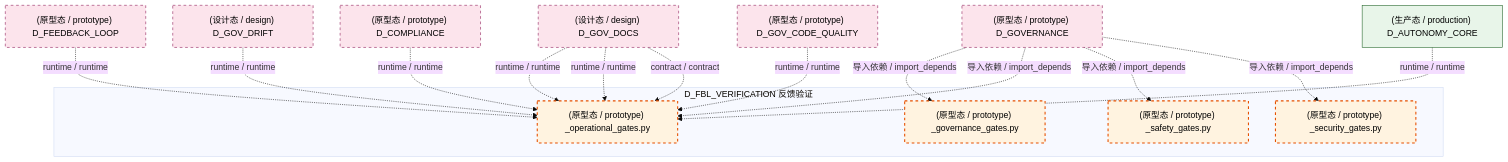
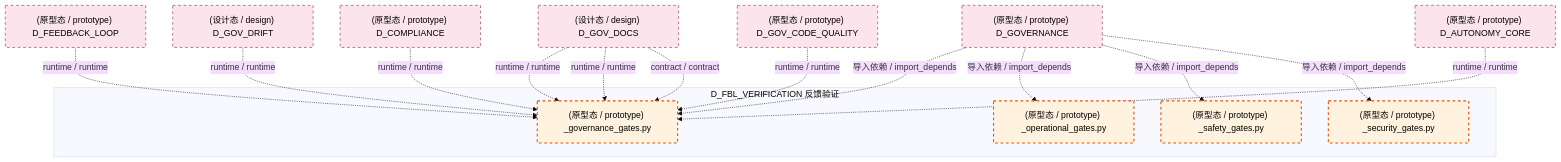
Before and after one commit to xuanFelixVan/ZephyrAlpha: the fourth of 5 diagrams in docs/02_enterprise_architecture/02_domain_architecture_docs/11_d_fbl_verification.md, drawn with Mermaid (base theme). The commit also changed other lines of this file and 112 other files, not shown here.

````diff
--- a/docs/02_enterprise_architecture/02_domain_architecture_docs/11_d_fbl_verification.md
+++ b/docs/02_enterprise_architecture/02_domain_architecture_docs/11_d_fbl_verification.md
@@ -342,35 +342,34 @@
 ```mermaid
 graph TD
     subgraph D_FBL_VERIFICATION["D_FBL_VERIFICATION 反馈验证"]
         src_zephyr_feedback_loop_gates_governance_gates_py["(原型态 / prototype) _governance_gates.py"]
         src_zephyr_feedback_loop_gates_operational_gates_py["(原型态 / prototype) _operational_gates.py"]
         src_zephyr_feedback_loop_gates_safety_gates_py["(原型态 / prototype) _safety_gates.py"]
         src_zephyr_feedback_loop_gates_security_gates_py["(原型态 / prototype) _security_gates.py"]
     end
-    D_FEEDBACK_LOOP["(原型态 / prototype) D_FEEDBACK_LOOP"]
-    D_FEEDBACK_LOOP -.->|runtime / runtime| src_zephyr_feedback_loop_gates_operational_gates_py
-    D_GOV_DOCS["(设计态 / design) D_GOV_DOCS"]
-    D_GOV_DOCS -.->|runtime / runtime| src_zephyr_feedback_loop_gates_operational_gates_py
-    D_GOV_DRIFT["(设计态 / design) D_GOV_DRIFT"]
-    D_GOV_DRIFT -.->|runtime / runtime| src_zephyr_feedback_loop_gates_operational_gates_py
-    D_COMPLIANCE["(原型态 / prototype) D_COMPLIANCE"]
-    D_COMPLIANCE -.->|runtime / runtime| src_zephyr_feedback_loop_gates_operational_gates_py
-    D_GOV_CODE_QUALITY["(原型态 / prototype) D_GOV_CODE_QUALITY"]
-    D_GOV_CODE_QUALITY -.->|runtime / runtime| src_zephyr_feedback_loop_gates_operational_gates_py
-    D_GOV_DOCS -.->|runtime / runtime| src_zephyr_feedback_loop_gates_operational_gates_py
-    D_GOV_DOCS -.->|contract / contract| src_zephyr_feedback_loop_gates_operational_gates_py
-    D_AUTONOMY_CORE["(生产态 / production) D_AUTONOMY_CORE"]
-    D_AUTONOMY_CORE -.->|runtime / runtime| src_zephyr_feedback_loop_gates_operational_gates_py
     D_GOVERNANCE["(原型态 / prototype) D_GOVERNANCE"]
     D_GOVERNANCE -.->|导入依赖 / import_depends| src_zephyr_feedback_loop_gates_governance_gates_py
     D_GOVERNANCE -.->|导入依赖 / import_depends| src_zephyr_feedback_loop_gates_operational_gates_py
     D_GOVERNANCE -.->|导入依赖 / import_depends| src_zephyr_feedback_loop_gates_safety_gates_py
     D_GOVERNANCE -.->|导入依赖 / import_depends| src_zephyr_feedback_loop_gates_security_gates_py
+    D_FEEDBACK_LOOP["(原型态 / prototype) D_FEEDBACK_LOOP"]
+    D_FEEDBACK_LOOP -.->|runtime / runtime| src_zephyr_feedback_loop_gates_governance_gates_py
+    D_GOV_DOCS["(设计态 / design) D_GOV_DOCS"]
+    D_GOV_DOCS -.->|runtime / runtime| src_zephyr_feedback_loop_gates_governance_gates_py
+    D_GOV_DRIFT["(设计态 / design) D_GOV_DRIFT"]
+    D_GOV_DRIFT -.->|runtime / runtime| src_zephyr_feedback_loop_gates_governance_gates_py
+    D_COMPLIANCE["(原型态 / prototype) D_COMPLIANCE"]
+    D_COMPLIANCE -.->|runtime / runtime| src_zephyr_feedback_loop_gates_governance_gates_py
+    D_GOV_CODE_QUALITY["(原型态 / prototype) D_GOV_CODE_QUALITY"]
+    D_GOV_CODE_QUALITY -.->|runtime / runtime| src_zephyr_feedback_loop_gates_governance_gates_py
+    D_GOV_DOCS -.->|runtime / runtime| src_zephyr_feedback_loop_gates_governance_gates_py
+    D_GOV_DOCS -.->|contract / contract| src_zephyr_feedback_loop_gates_governance_gates_py
+    D_AUTONOMY_CORE["(原型态 / prototype) D_AUTONOMY_CORE"]
+    D_AUTONOMY_CORE -.->|runtime / runtime| src_zephyr_feedback_loop_gates_governance_gates_py
     classDef production fill:#e1f5fe,stroke:#01579b,stroke-width:2px,color:#000
     classDef design fill:#fff3e0,stroke:#e65100,stroke-width:2px,color:#000,stroke-dasharray: 5 5
     classDef external_prod fill:#e8f5e9,stroke:#1b5e20,stroke-width:1px,color:#000
     classDef external_design fill:#fce4ec,stroke:#880e4f,stroke-width:1px,color:#000,stroke-dasharray: 5 5
     class src_zephyr_feedback_loop_gates_governance_gates_py,src_zephyr_feedback_loop_gates_operational_gates_py,src_zephyr_feedback_loop_gates_safety_gates_py,src_zephyr_feedback_loop_gates_security_gates_py design
-    class D_AUTONOMY_CORE external_prod
-    class D_FEEDBACK_LOOP,D_GOV_DOCS,D_GOV_DRIFT,D_COMPLIANCE,D_GOV_CODE_QUALITY,D_GOVERNANCE external_design
+    class D_GOVERNANCE,D_FEEDBACK_LOOP,D_GOV_DOCS,D_GOV_DRIFT,D_COMPLIANCE,D_GOV_CODE_QUALITY,D_AUTONOMY_CORE external_design
 ```
````
